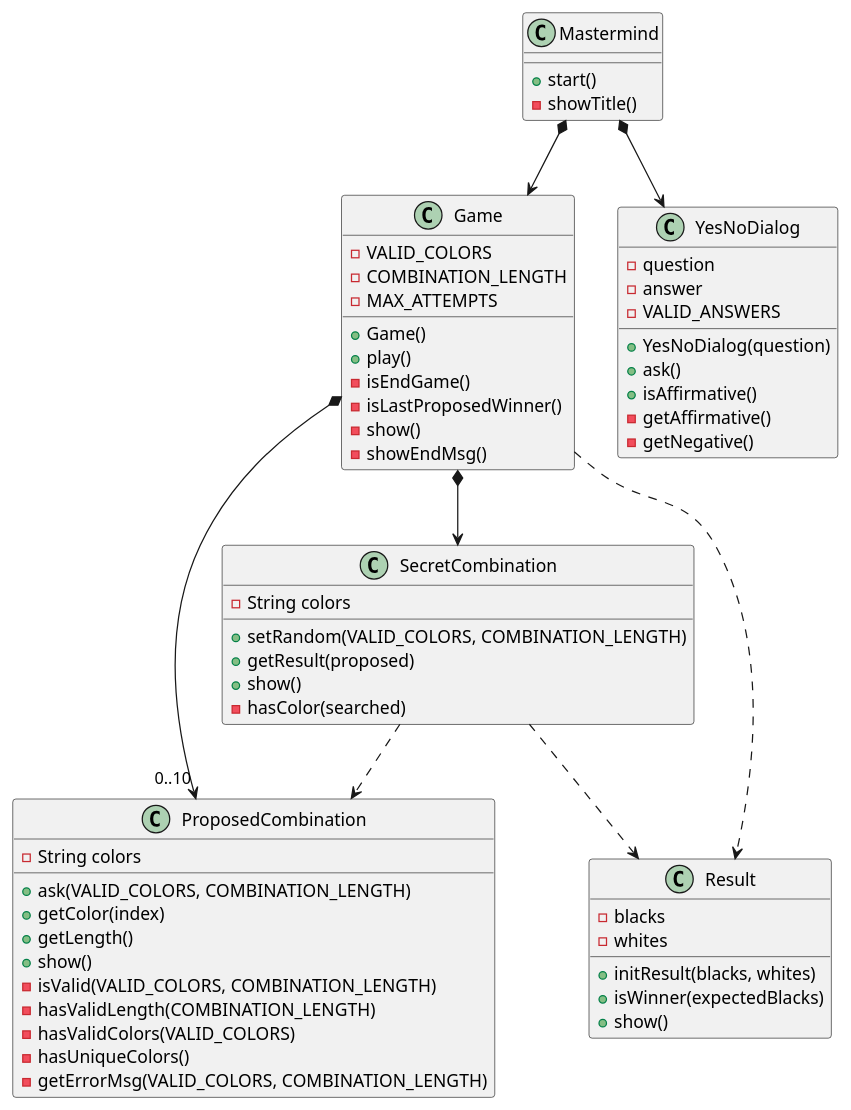
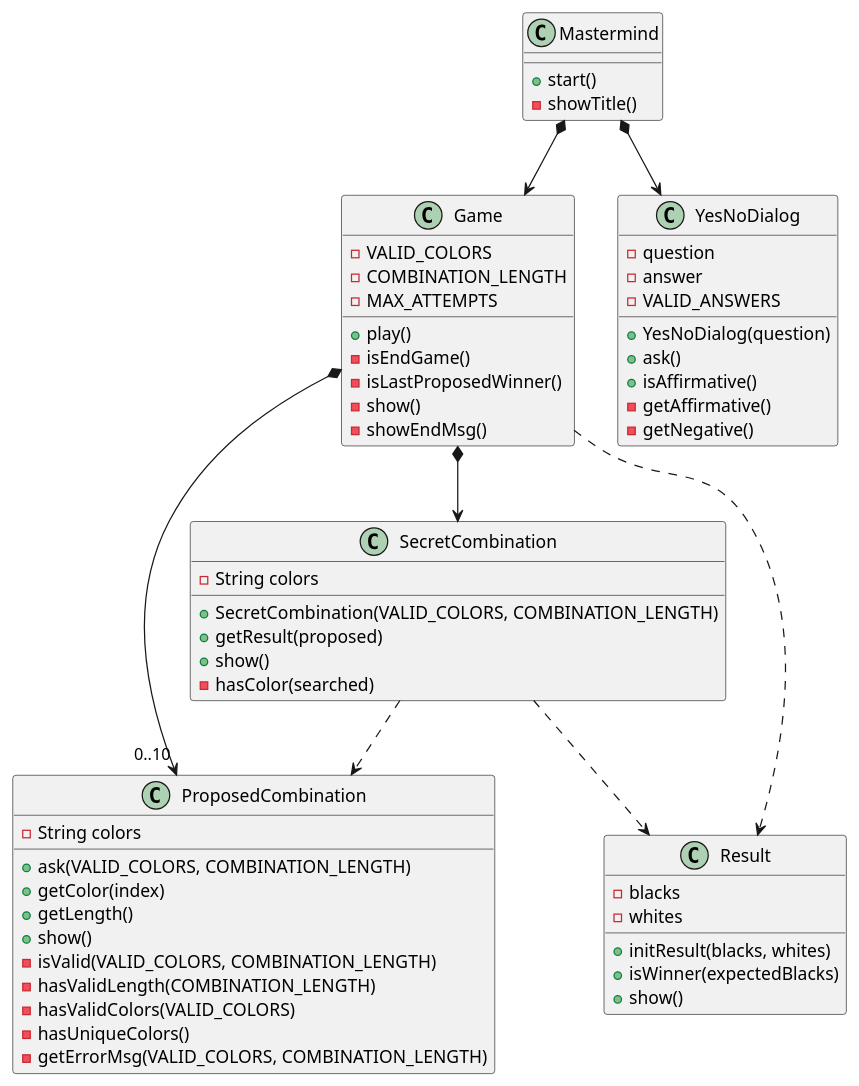
The diagram in docs/dev-resume/analysis.plantuml (PabloMartinFluvia/myGame-mastermind), drawn with PlantUML before and after one commit. The commit also changed 2 other files, not shown here.

```diff
--- a/docs/dev-resume/analysis.plantuml
+++ b/docs/dev-resume/analysis.plantuml
@@ -1,72 +1,71 @@
 @startuml analysis
 
 class Mastermind{  
 
     + start()
     - showTitle()    
 }
 Mastermind *--> Game
 Mastermind *--> YesNoDialog
 
 class Game{
     - VALID_COLORS
     - COMBINATION_LENGTH    
     - MAX_ATTEMPTS
 
-    + Game()
     + play()        
     - isEndGame()    
     - isLastProposedWinner()
     - show()
     - showEndMsg()
 }
 Game *--> SecretCombination
 Game *--> "0..10" ProposedCombination
 Game ..> Result
 
 class SecretCombination{
     - String colors
     
-    + setRandom(VALID_COLORS, COMBINATION_LENGTH)
+    + SecretCombination(VALID_COLORS, COMBINATION_LENGTH)    
     + getResult(proposed)
     + show()
     - hasColor(searched)
 }
 SecretCombination .down.> ProposedCombination
 SecretCombination .down.> Result
 
 class ProposedCombination{
     - String colors    
 
     + ask(VALID_COLORS, COMBINATION_LENGTH)   
     + getColor(index)
     + getLength()    
     + show() 
     - isValid(VALID_COLORS, COMBINATION_LENGTH)
     - hasValidLength(COMBINATION_LENGTH)
     - hasValidColors(VALID_COLORS)
     - hasUniqueColors()
     - getErrorMsg(VALID_COLORS, COMBINATION_LENGTH)
 }
 
 class Result{
     -blacks
     -whites
 
     + initResult(blacks, whites)
     + isWinner(expectedBlacks)
     + show()    
 }
 
 class YesNoDialog {
     - question
     - answer
     - VALID_ANSWERS
 
     +YesNoDialog(question)
     + ask()
     + isAffirmative()
     - getAffirmative()
     - getNegative()
 }
 @enduml
```
